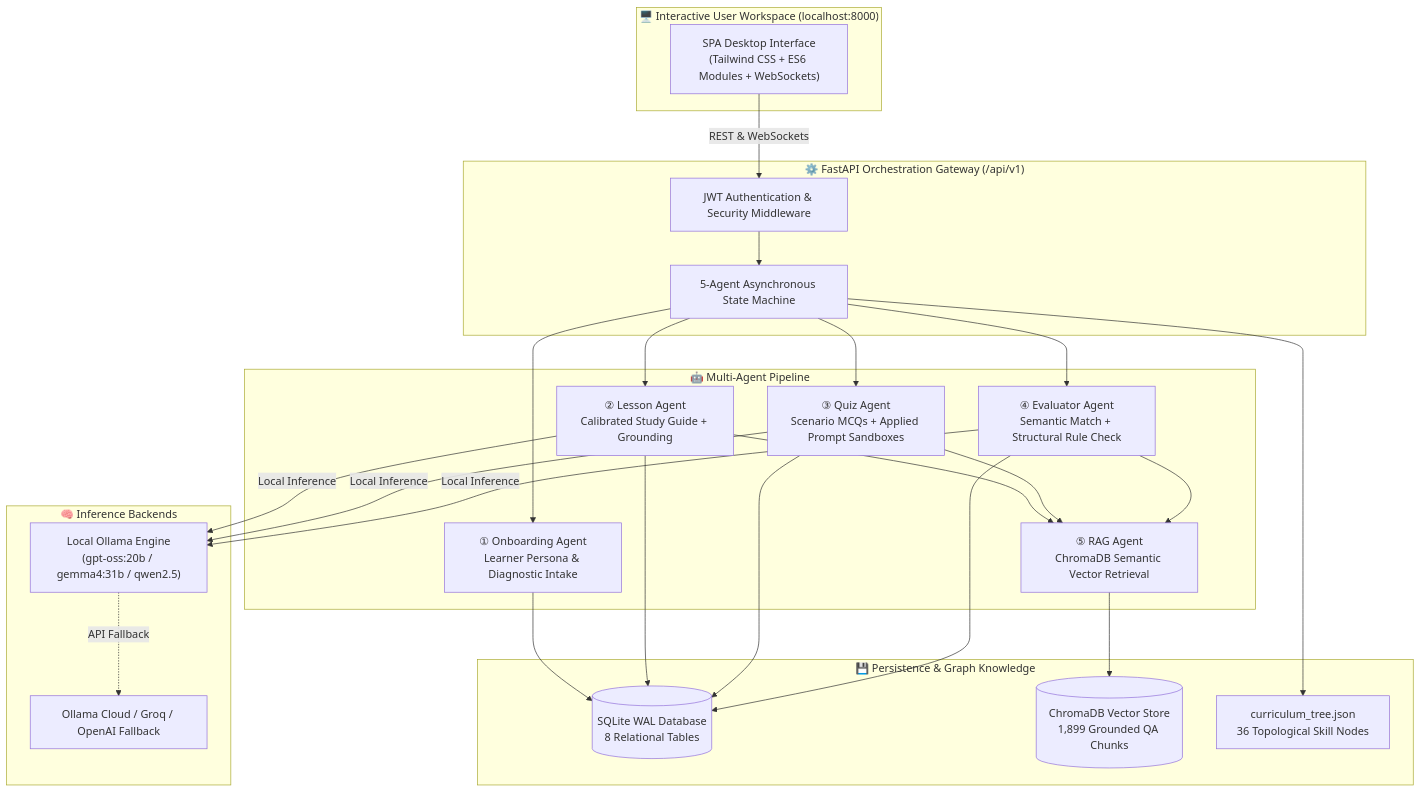
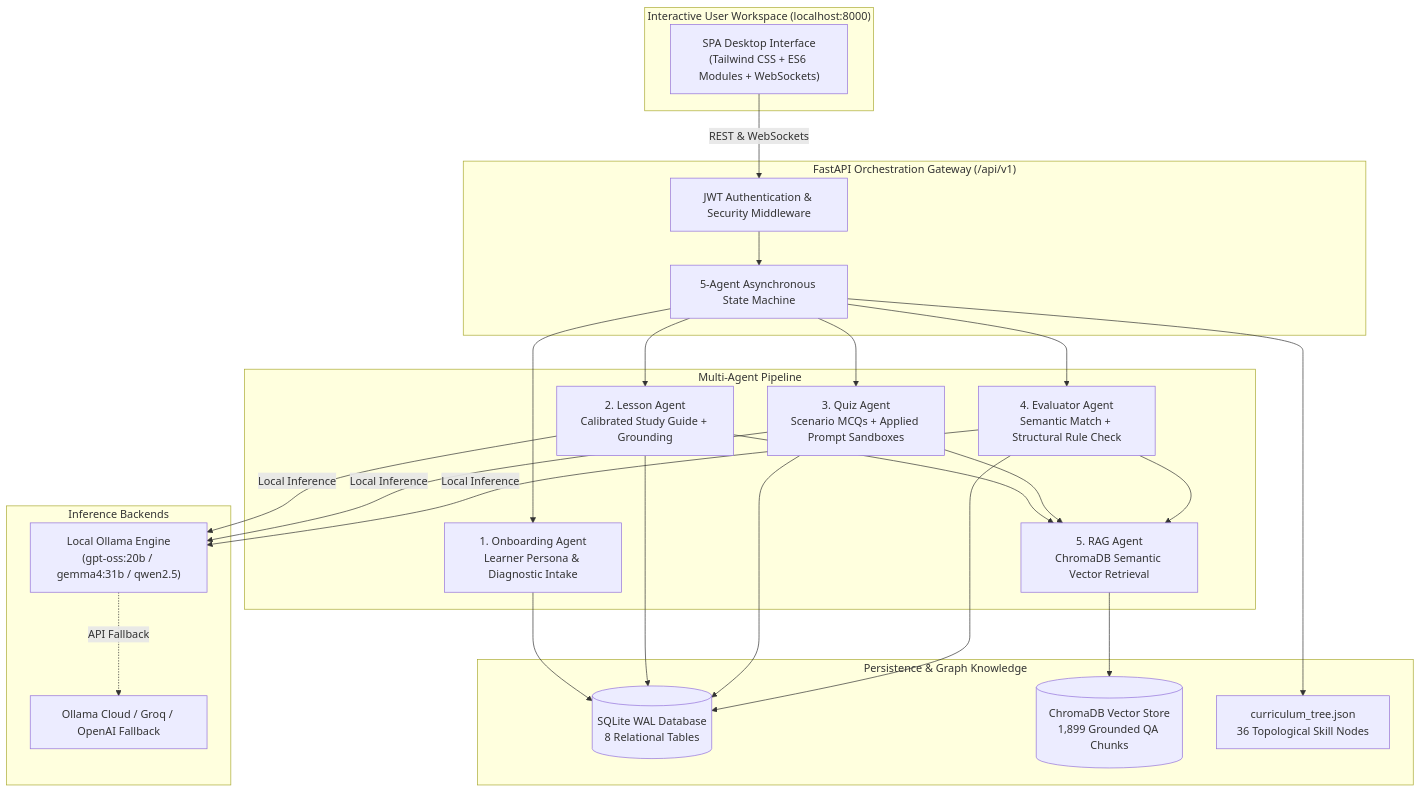
The diagram in README.md (shahariarovi789-ux/project-roar-ai), drawn with Mermaid before and after one commit. The commit also changed other lines of this file, not shown here.

````diff
--- a/README.md
+++ b/README.md
@@ -61,40 +61,40 @@
 ```mermaid
 graph TD
-    subgraph Client["🖥️ Interactive User Workspace (localhost:8000)"]
+    subgraph Client["Interactive User Workspace (localhost:8000)"]
         UI["SPA Desktop Interface\n(Tailwind CSS + ES6 Modules + WebSockets)"]
     end
 
-    subgraph Gateway["⚙️ FastAPI Orchestration Gateway (/api/v1)"]
+    subgraph Gateway["FastAPI Orchestration Gateway (/api/v1)"]
         AUTH["JWT Authentication & Security Middleware"]
         ORCH["5-Agent Asynchronous State Machine"]
     end
 
-    subgraph Agents["🤖 Multi-Agent Pipeline"]
-        OA["① Onboarding Agent\nLearner Persona & Diagnostic Intake"]
-        LA["② Lesson Agent\nCalibrated Study Guide + Grounding"]
-        QA["③ Quiz Agent\nScenario MCQs + Applied Prompt Sandboxes"]
-        EA["④ Evaluator Agent\nSemantic Match + Structural Rule Check"]
-        RA["⑤ RAG Agent\nChromaDB Semantic Vector Retrieval"]
+    subgraph Agents["Multi-Agent Pipeline"]
+        OA["1. Onboarding Agent\nLearner Persona & Diagnostic Intake"]
+        LA["2. Lesson Agent\nCalibrated Study Guide + Grounding"]
+        QA["3. Quiz Agent\nScenario MCQs + Applied Prompt Sandboxes"]
+        EA["4. Evaluator Agent\nSemantic Match + Structural Rule Check"]
+        RA["5. RAG Agent\nChromaDB Semantic Vector Retrieval"]
     end
 
-    subgraph Inference["🧠 Inference Backends"]
+    subgraph Inference["Inference Backends"]
         OLL["Local Ollama Engine\n(gpt-oss:20b / gemma4:31b / qwen2.5)"]
         CLOUD["Ollama Cloud / Groq / OpenAI Fallback"]
     end
 
-    subgraph Storage["💾 Persistence & Graph Knowledge"]
+    subgraph Storage["Persistence & Graph Knowledge"]
         DB[(SQLite WAL Database\n8 Relational Tables)]
         VDB[(ChromaDB Vector Store\n1,899 Grounded QA Chunks)]
         DAG["curriculum_tree.json\n36 Topological Skill Nodes"]
     end
 
     UI -->|REST & WebSockets| AUTH
     AUTH --> ORCH
     ORCH --> OA & LA & QA & EA
     LA & QA & EA --> RA
     RA --> VDB
     OA & LA & QA & EA --> DB
     LA & QA & EA -->|Local Inference| OLL
     OLL -.->|API Fallback| CLOUD
     ORCH --> DAG
 ```
````
